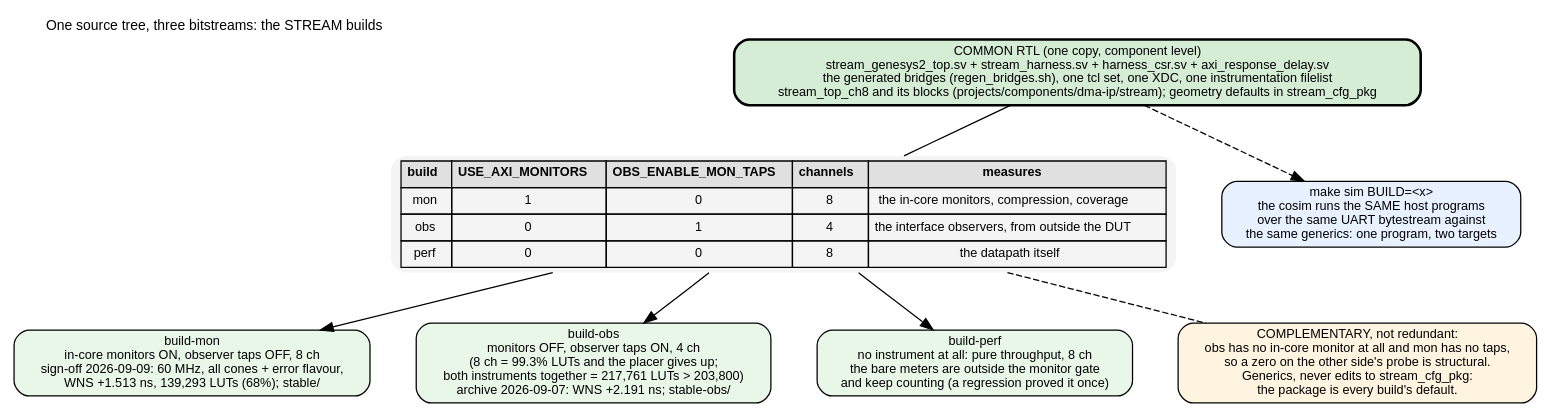
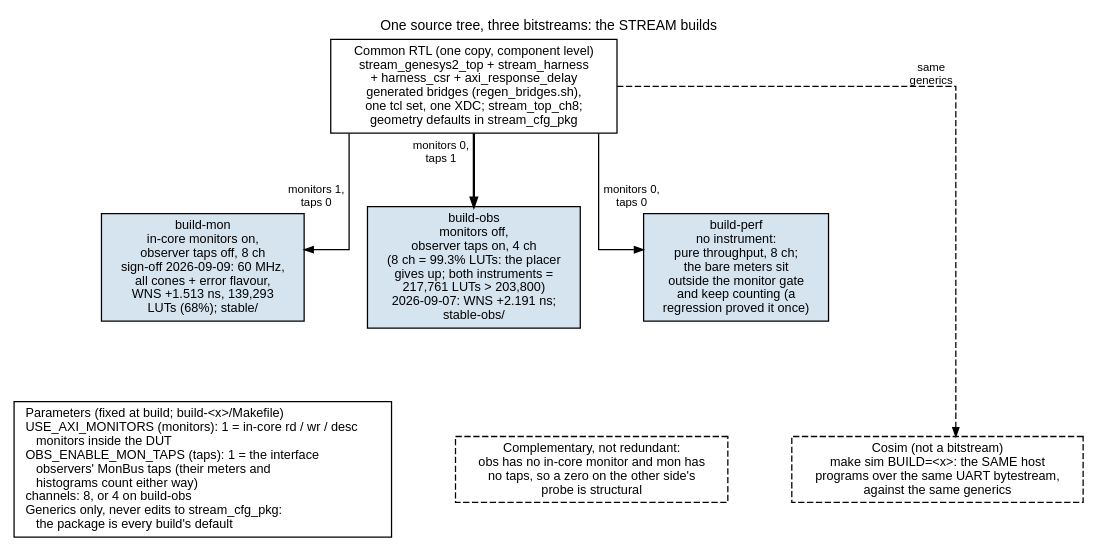
The diagram in projects/fpga-systems/Genesys2/dma-ip/stream/docs/stream_fpga_system/assets/graphviz/03_build_variants.dot (sean-galloway/RTLDesignSherpa), drawn with Graphviz before and after one commit. The commit also changed 166 other files, not shown here.

```diff
--- a/projects/fpga-systems/Genesys2/dma-ip/stream/docs/stream_fpga_system/assets/graphviz/03_build_variants.dot
+++ b/projects/fpga-systems/Genesys2/dma-ip/stream/docs/stream_fpga_system/assets/graphviz/03_build_variants.dot
@@ -1,31 +1,39 @@
-// One RTL, three builds: the parameters and why each exists.
+// Figure 3.1 -- one RTL, the knobs, the three builds. House style
+// (vault/handbook/authoring/block-diagrams.md): the common source is the white
+// box on top, the knobs are a white "Parameters (fixed at build)" legend with
+// no edges, and every arrow to a bitstream carries the generics that make it.
+// The cosim is dashed sideband: same generics, same host programs, not a
+// bitstream. The "complementary, not redundant" note is a dashed note box.
+// Knobs: build-{mon,obs,perf}/Makefile export USE_AXI_MONITORS and
+// OBS_ENABLE_MON_TAPS; geometry defaults in rtl/stream_cfg_pkg.sv.
 digraph build_variants {
-    graph [rankdir=TB, fontname="Helvetica", fontsize=11, nodesep=0.5, ranksep=0.55,
-           label="One source tree, three bitstreams: the STREAM builds", labelloc=t, labeljust=l];
-    node  [fontname="Helvetica", fontsize=10, shape=box, style="rounded,filled", fillcolor="#f4f4f4"];
-    edge  [fontname="Helvetica", fontsize=9];
+    graph [rankdir=TB, bgcolor="white", fontname="Helvetica", fontsize=11,
+           nodesep="0.70", ranksep="0.80", splines=ortho, newrank=true,
+           label="One source tree, three bitstreams: the STREAM builds", labelloc=t];
+    node  [fontname="Helvetica", fontsize=10, shape=box, style=filled,
+           fillcolor="#D6E4F0", color="black", margin="0.12,0.06"];
+    edge  [fontname="Helvetica", fontsize=9, color="black", arrowsize=0.7];
 
-    src [label="COMMON RTL (one copy, component level)\nstream_genesys2_top.sv + stream_harness.sv + harness_csr.sv + axi_response_delay.sv\nthe generated bridges (regen_bridges.sh), one tcl set, one XDC, one instrumentation filelist\nstream_top_ch8 and its blocks (projects/components/dma-ip/stream); geometry defaults in stream_cfg_pkg",
-         fillcolor="#d5ecd5", penwidth=2];
+    src [group=C, label="Common RTL (one copy, component level)\nstream_genesys2_top + stream_harness\n+ harness_csr + axi_response_delay\ngenerated bridges (regen_bridges.sh),\none tcl set, one XDC; stream_top_ch8;\ngeometry defaults in stream_cfg_pkg", fillcolor="white"];
 
-    knobs [shape=plaintext, label=<
-      <table border="0" cellborder="1" cellspacing="0" cellpadding="4">
-        <tr><td bgcolor="#e0e0e0"><b>build</b></td><td bgcolor="#e0e0e0"><b>USE_AXI_MONITORS</b></td><td bgcolor="#e0e0e0"><b>OBS_ENABLE_MON_TAPS</b></td><td bgcolor="#e0e0e0"><b>channels</b></td><td bgcolor="#e0e0e0"><b>measures</b></td></tr>
-        <tr><td>mon</td><td>1</td><td>0</td><td>8</td><td>the in-core monitors, compression, coverage</td></tr>
-        <tr><td>obs</td><td>0</td><td>1</td><td>4</td><td>the interface observers, from outside the DUT</td></tr>
-        <tr><td>perf</td><td>0</td><td>0</td><td>8</td><td>the datapath itself</td></tr>
-      </table>>];
+    knobs [label="Parameters (fixed at build; build-<x>/Makefile)\lUSE_AXI_MONITORS (monitors): 1 = in-core rd / wr / desc\l    monitors inside the DUT\lOBS_ENABLE_MON_TAPS (taps): 1 = the interface\l    observers' MonBus taps (their meters and\l    histograms count either way)\lchannels: 8, or 4 on build-obs\lGenerics only, never edits to stream_cfg_pkg:\l    the package is every build's default\l", fillcolor="white"];
 
-    mon  [label="build-mon\nin-core monitors ON, observer taps OFF, 8 ch\nsign-off 2026-09-09: 60 MHz, all cones + error flavour,\nWNS +1.513 ns, 139,293 LUTs (68%); stable/", fillcolor="#e9f7e9"];
-    obs  [label="build-obs\nmonitors OFF, observer taps ON, 4 ch\n(8 ch = 99.3% LUTs and the placer gives up;\nboth instruments together = 217,761 LUTs > 203,800)\narchive 2026-09-07: WNS +2.191 ns; stable-obs/", fillcolor="#e9f7e9"];
-    perf [label="build-perf\nno instrument at all: pure throughput, 8 ch\nthe bare meters are outside the monitor gate\nand keep counting (a regression proved it once)", fillcolor="#e9f7e9"];
+    mon  [label="build-mon\nin-core monitors on,\nobserver taps off, 8 ch\nsign-off 2026-09-09: 60 MHz,\nall cones + error flavour,\nWNS +1.513 ns, 139,293\nLUTs (68%); stable/"];
+    obs  [group=C, label="build-obs\nmonitors off,\nobserver taps on, 4 ch\n(8 ch = 99.3% LUTs: the placer\ngives up; both instruments =\n217,761 LUTs > 203,800)\n2026-09-07: WNS +2.191 ns;\nstable-obs/"];
+    perf [label="build-perf\nno instrument:\npure throughput, 8 ch;\nthe bare meters sit\noutside the monitor gate\nand keep counting (a\nregression proved it once)"];
 
-    src -> knobs [arrowhead=none];
-    knobs -> mon; knobs -> obs; knobs -> perf;
+    why  [label="Complementary, not redundant:\nobs has no in-core monitor and mon has\nno taps, so a zero on the other side's\nprobe is structural", fillcolor="white", style="filled,dashed"];
+    sim  [label="Cosim (not a bitstream)\nmake sim BUILD=<x>: the SAME host\nprograms over the same UART bytestream,\nagainst the same generics", fillcolor="white", style="filled,dashed"];
 
-    why [label="COMPLEMENTARY, not redundant:\nobs has no in-core monitor at all and mon has no taps,\nso a zero on the other side's probe is structural.\nGenerics, never edits to stream_cfg_pkg:\nthe package is every build's default.", fillcolor="#fff4e0"];
-    knobs -> why [style=dashed, arrowhead=none];
+    { rank=same; mon; obs; perf; }
+    mon -> obs -> perf [style=invis];
+    { rank=same; knobs; why; sim; }
+    knobs -> why -> sim [style=invis];
+    mon -> knobs [style=invis];
+    perf -> why [style=invis];
 
-    sim [label="make sim BUILD=<x>\nthe cosim runs the SAME host programs\nover the same UART bytestream against\nthe same generics: one program, two targets", fillcolor="#e8f1ff"];
-    src -> sim [style=dashed];
+    src -> mon  [xlabel="monitors 1,\ntaps 0"];
+    src -> obs  [penwidth=1.8, xlabel="monitors 0,\ntaps 1"];
+    src -> perf [xlabel="monitors 0,\ntaps 0"];
+    src -> sim  [style=dashed, xlabel="same\ngenerics"];
 }
```
